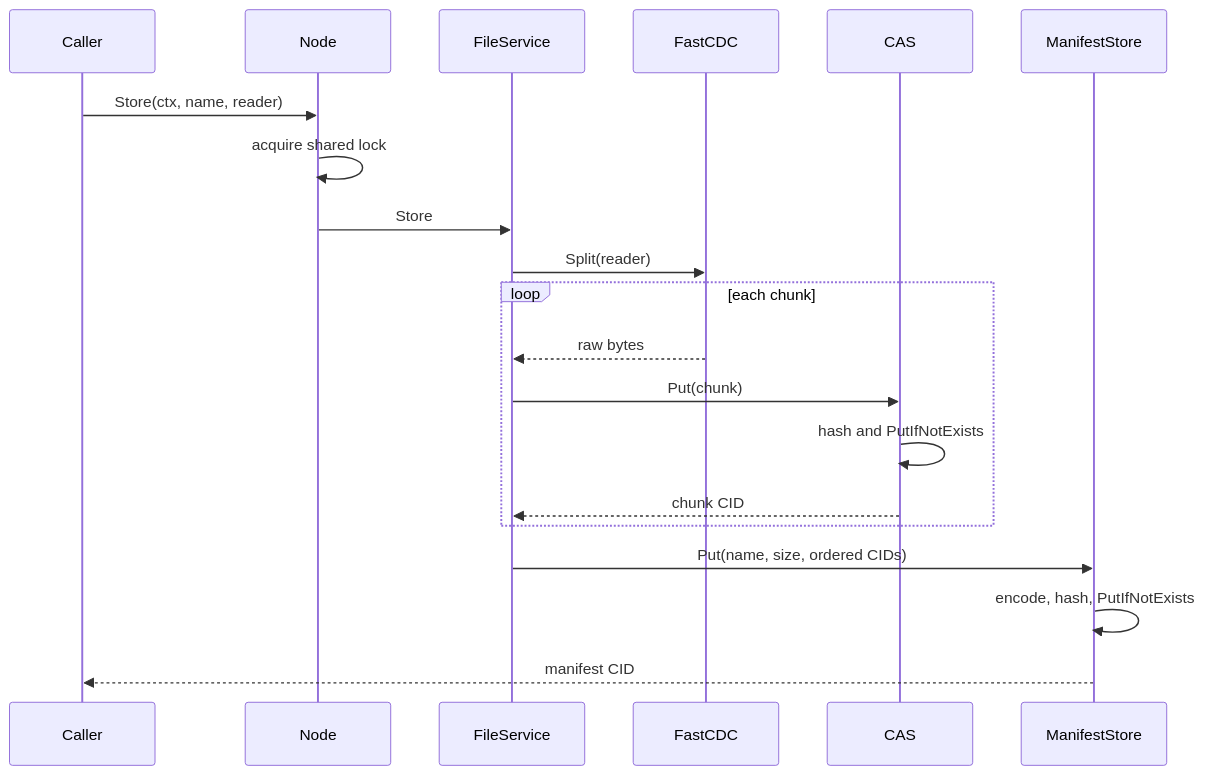
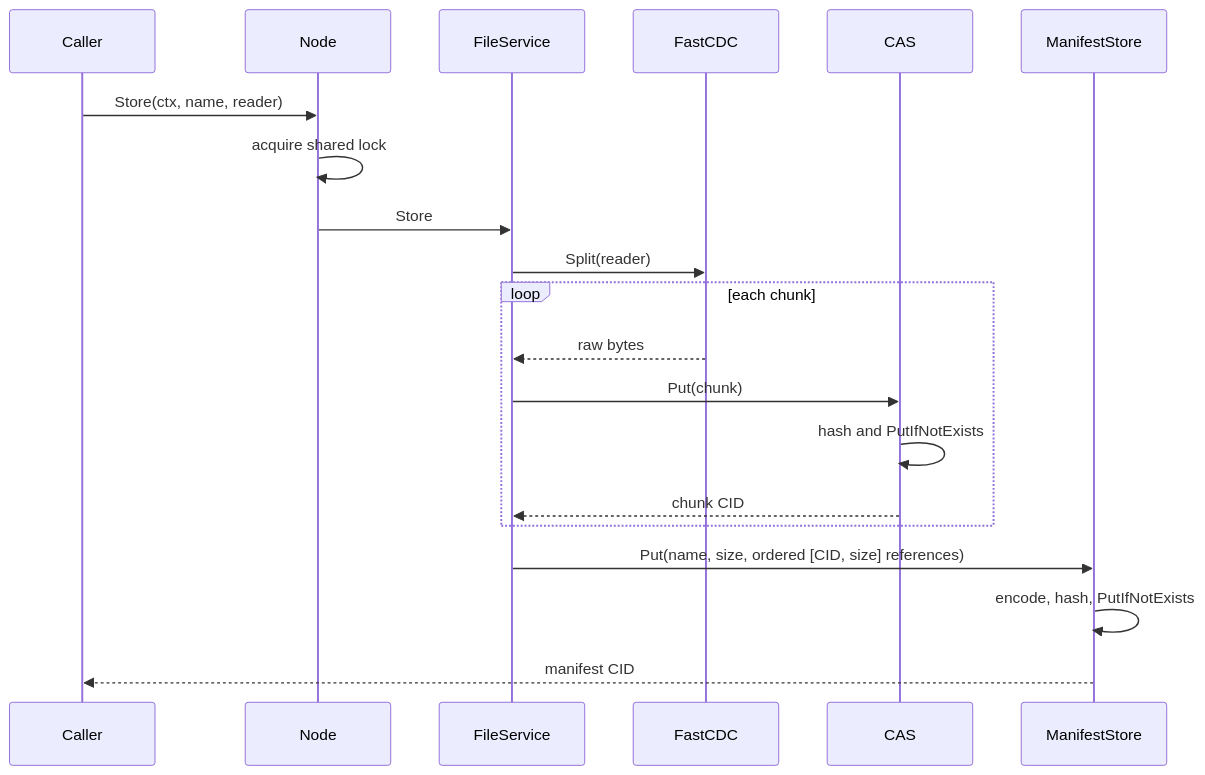
One commit to mexirica/strata changed the first of 3 diagrams in docs/internals/data-flows.md. Above: the diagram before and after it, drawn with Mermaid. The commit also changed other lines of this file and 21 other files, not shown here.

First line of the commit message:
Refactor file service tests to use a shared manifest store setup (#112)

````diff
--- a/docs/internals/data-flows.md
+++ b/docs/internals/data-flows.md
@@ -9,23 +20,23 @@
 ```mermaid
 sequenceDiagram
     participant Caller
     participant Node
     participant FileService
     participant FastCDC
     participant CAS
     participant ManifestStore
 
     Caller->>Node: Store(ctx, name, reader)
     Node->>Node: acquire shared lock
     Node->>FileService: Store
     FileService->>FastCDC: Split(reader)
     loop each chunk
         FastCDC-->>FileService: raw bytes
         FileService->>CAS: Put(chunk)
         CAS->>CAS: hash and PutIfNotExists
         CAS-->>FileService: chunk CID
     end
-    FileService->>ManifestStore: Put(name, size, ordered CIDs)
+    FileService->>ManifestStore: Put(name, size, ordered [CID, size] references)
     ManifestStore->>ManifestStore: encode, hash, PutIfNotExists
     ManifestStore-->>Caller: manifest CID
 ```
````
